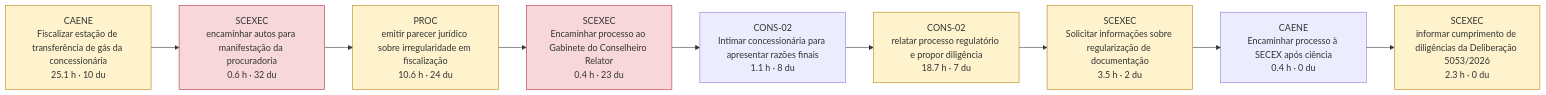
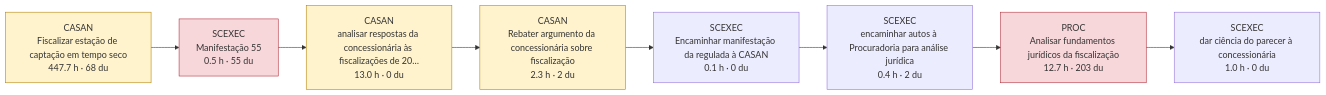
One commit to Neusa-Piacentini/mapeamento-processos-sei changed the diagram in docs/ASIS_PILOTO.md. Above: the diagram before and after it, drawn with Mermaid. The commit also changed other lines of this file and 229 other files, not shown here.

````diff
--- a/docs/ASIS_PILOTO.md
+++ b/docs/ASIS_PILOTO.md
@@ -178,29 +22,25 @@
 ```mermaid
 flowchart LR
-  t0["CAENE<br/>Fiscalizar estação de transferência de gás da concessionária<br/>25.1 h · 10 du"]
+  t0["CASAN<br/>Fiscalizar estação de captação em tempo seco<br/>447.7 h · 68 du"]
   class t0 perda
-  t1["SCEXEC<br/>encaminhar autos para manifestação da procuradoria<br/>0.6 h · 32 du"]
+  t1["SCEXEC<br/>Manifestação 55<br/>0.5 h · 55 du"]
   class t1 espera
-  t2["PROC<br/>emitir parecer jurídico sobre irregularidade em fiscalização<br/>10.6 h · 24 du"]
+  t2["CASAN<br/>analisar respostas da concessionária às fiscalizações de 20…<br/>13.0 h · 0 du"]
   class t2 perda
-  t3["SCEXEC<br/>Encaminhar processo ao Gabinete do Conselheiro Relator<br/>0.4 h · 23 du"]
-  class t3 espera
-  t4["CONS-02<br/>Intimar concessionária para apresentar razões finais<br/>1.1 h · 8 du"]
-  t5["CONS-02<br/>relatar processo regulatório e propor diligência<br/>18.7 h · 7 du"]
-  class t5 perda
-  t6["SCEXEC<br/>Solicitar informações sobre regularização de documentação<br/>3.5 h · 2 du"]
-  class t6 perda
-  t7["CAENE<br/>Encaminhar processo à SECEX após ciência<br/>0.4 h · 0 du"]
-  t8["SCEXEC<br/>informar cumprimento de diligências da Deliberação 5053/2026<br/>2.3 h · 0 du"]
-  class t8 perda
+  t3["CASAN<br/>Rebater argumento da concessionária sobre fiscalização<br/>2.3 h · 2 du"]
+  class t3 perda
+  t4["SCEXEC<br/>Encaminhar manifestação da regulada à CASAN<br/>0.1 h · 0 du"]
+  t5["SCEXEC<br/>encaminhar autos à Procuradoria para análise jurídica<br/>0.4 h · 2 du"]
+  t6["PROC<br/>Analisar fundamentos jurídicos da fiscalização<br/>12.7 h · 203 du"]
+  class t6 espera
+  t7["SCEXEC<br/>dar ciência do parecer à concessionária<br/>1.0 h · 0 du"]
   t0 --> t1
   t1 --> t2
   t2 --> t3
   t3 --> t4
   t4 --> t5
   t5 --> t6
   t6 --> t7
-  t7 --> t8
   classDef espera fill:#f8d7da,stroke:#b02a37
   classDef perda fill:#fff3cd,stroke:#b58105
 ```
````
